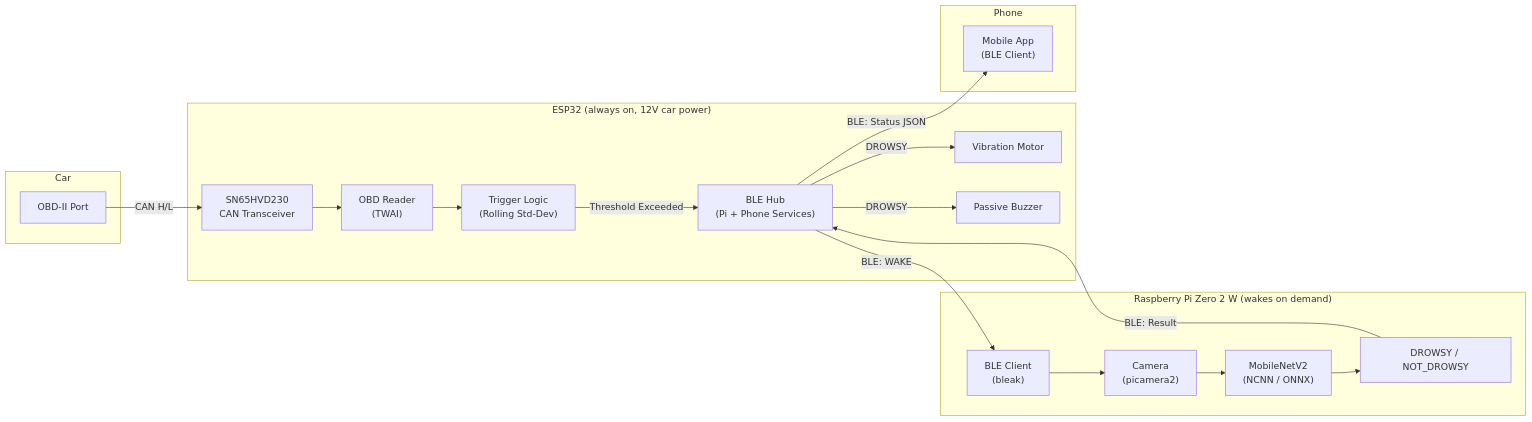
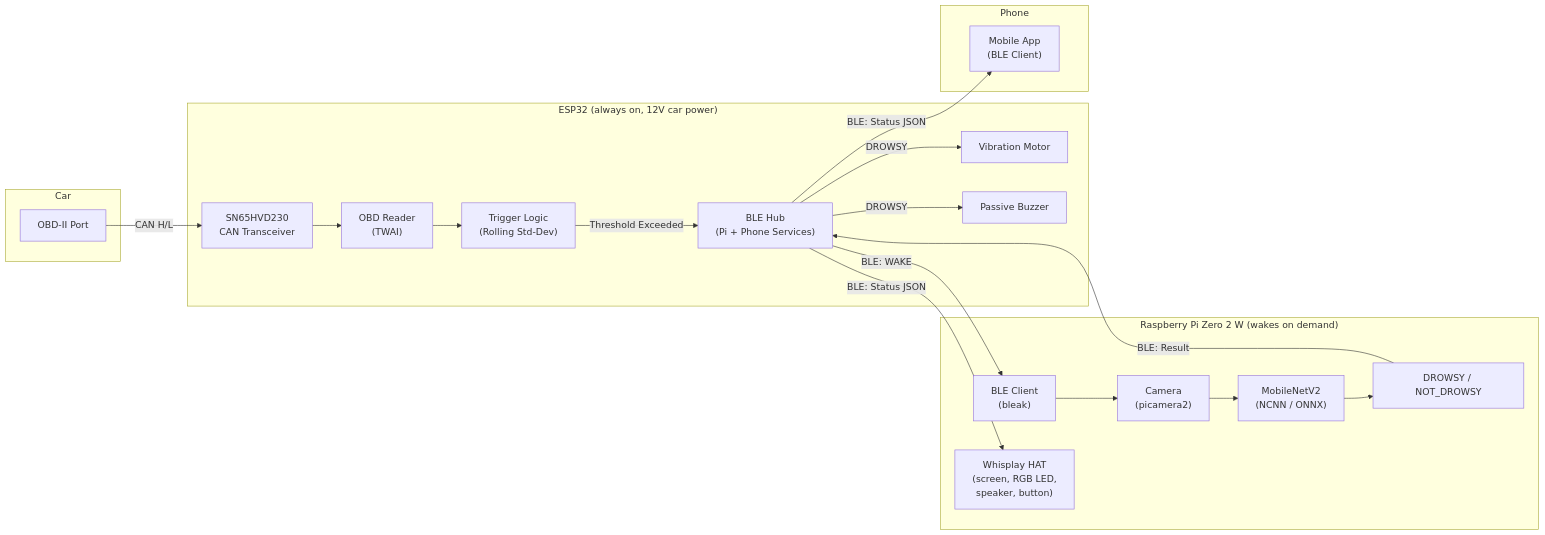
The diagram in README.md (KendracNguyen/DRIFTS), drawn with Mermaid before and after one commit. The commit also changed other lines of this file and 38 other files, not shown here.

````diff
--- a/README.md
+++ b/README.md
@@ -10,39 +10,41 @@
 ```mermaid
 graph LR
     subgraph "Car"
         OBD["OBD-II Port"]
     end
 
     subgraph "ESP32 (always on, 12V car power)"
         CAN["SN65HVD230\nCAN Transceiver"]
         OBD_R["OBD Reader\n(TWAI)"]
         TRIGGER["Trigger Logic\n(Rolling Std-Dev)"]
         BLE_HUB["BLE Hub\n(Pi + Phone Services)"]
         MOTOR["Vibration Motor"]
         BUZZER["Passive Buzzer"]
     end
 
     subgraph "Raspberry Pi Zero 2 W (wakes on demand)"
         BLE_PI["BLE Client\n(bleak)"]
         CAM["Camera\n(picamera2)"]
         ML["MobileNetV2\n(NCNN / ONNX)"]
         RESULT["DROWSY / NOT_DROWSY"]
+        HAT["Whisplay HAT\n(screen, RGB LED,\nspeaker, button)"]
     end
 
     subgraph "Phone"
         APP["Mobile App\n(BLE Client)"]
     end
 
     OBD -->|"CAN H/L"| CAN
     CAN --> OBD_R
     OBD_R --> TRIGGER
     TRIGGER -->|"Threshold Exceeded"| BLE_HUB
     BLE_HUB -->|"BLE: WAKE"| BLE_PI
     BLE_PI --> CAM
     CAM --> ML
     ML --> RESULT
     RESULT -->|"BLE: Result"| BLE_HUB
     BLE_HUB -->|"DROWSY"| MOTOR
     BLE_HUB -->|"DROWSY"| BUZZER
     BLE_HUB -->|"BLE: Status JSON"| APP
+    BLE_HUB -->|"BLE: Status JSON"| HAT
 ```
````
